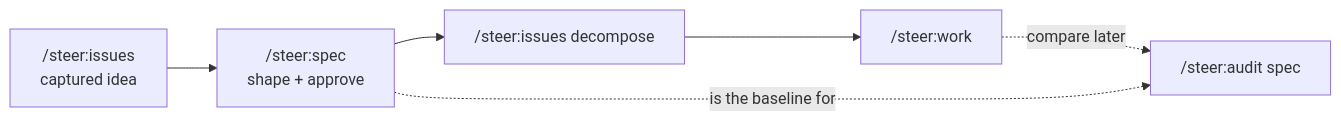
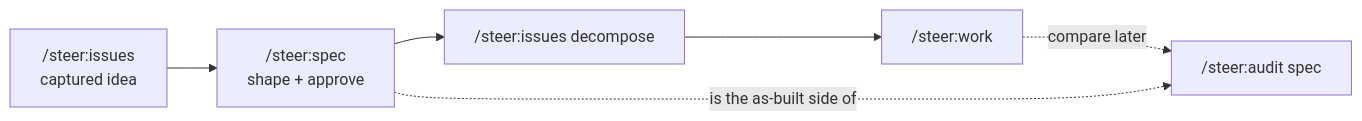
The diagram in docs/workflows/spec.md (element22llc/e22-plugins), drawn with Mermaid before and after one commit. The commit also changed other lines of this file and 6 other files, not shown here.

````diff
--- a/docs/workflows/spec.md
+++ b/docs/workflows/spec.md
@@ -64,8 +64,8 @@
 ```mermaid
 flowchart LR
     issue["/steer:issues<br/>captured idea"] --> spec["/steer:spec<br/>shape + approve"]
     spec --> decompose["/steer:issues decompose"]
     decompose --> work["/steer:work"]
     work -. compare later .-> drift["/steer:audit spec"]
-    spec -. is the baseline for .-> drift
+    spec -. is the as-built side of .-> drift
 ```
````
